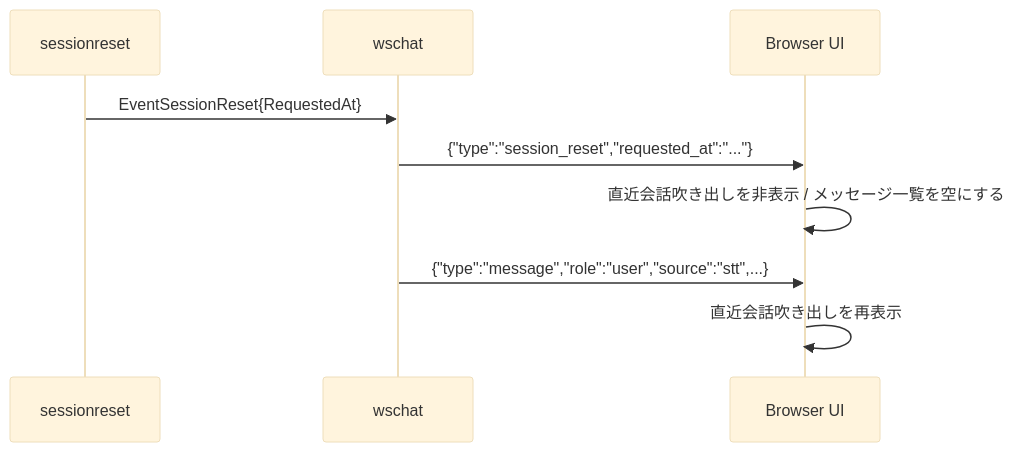
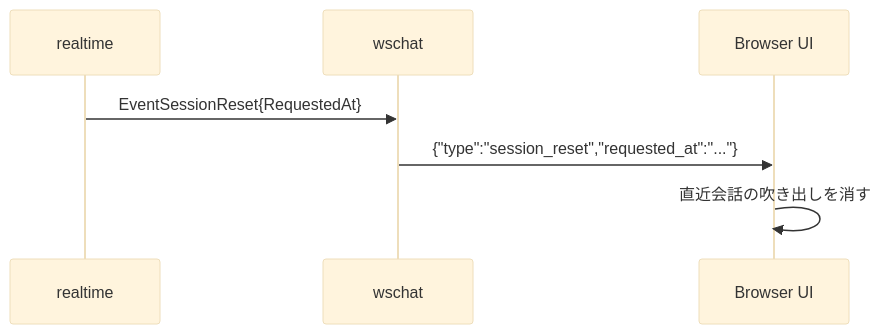
The fourth of 5 diagrams in docs/components/wschat.md (tetetratra/smart-speaker), drawn with Mermaid (base theme) before and after one commit. The commit also changed other lines of this file and 56 other files, not shown here.

````diff
--- a/docs/components/wschat.md
+++ b/docs/components/wschat.md
@@ -143,12 +139,10 @@
 ```mermaid
 sequenceDiagram
-    participant SR as sessionreset
+    participant RT as realtime
     participant WS as wschat
     participant UI as Browser UI
 
-    SR->>WS: EventSessionReset{RequestedAt}
+    RT->>WS: EventSessionReset{RequestedAt}
     WS->>UI: {"type":"session_reset","requested_at":"..."}
-    UI->>UI: 直近会話吹き出しを非表示 / メッセージ一覧を空にする
-    WS->>UI: {"type":"message","role":"user","source":"stt",...}
-    UI->>UI: 直近会話吹き出しを再表示
+    UI->>UI: 直近会話の吹き出しを消す
 ```
````
